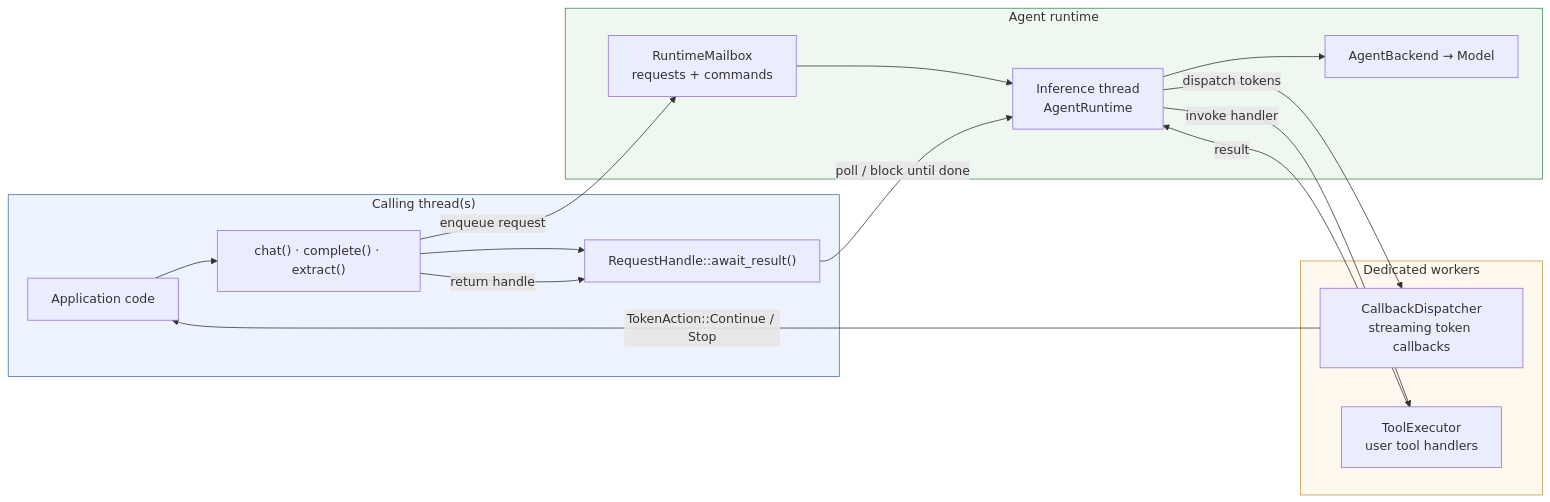
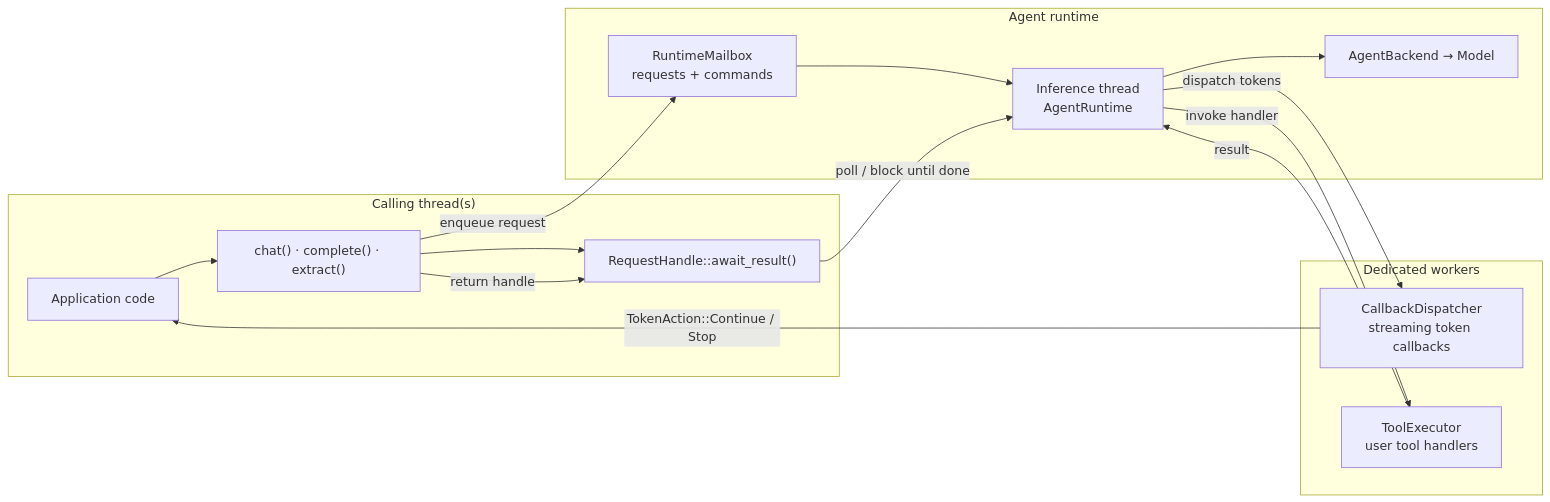
One commit to crybo-rybo/zoo-keeper changed the second of 2 diagrams in README.md. Above: the diagram before and after it, drawn with Mermaid. The commit also changed other lines of this file and 6 other files, not shown here.

First line of the commit message:
docs: drop custom Mermaid style overrides for consistent rendering

````diff
--- a/README.md
+++ b/README.md
@@ -143,33 +138,30 @@
 ```mermaid
 flowchart LR
     subgraph Caller["Calling thread(s)"]
         APP["Application code"]
         SUB["chat() · complete() · extract()"]
         AWAIT["RequestHandle::await_result()"]
         APP --> SUB --> AWAIT
     end
 
     subgraph Runtime["Agent runtime"]
         MB["RuntimeMailbox<br/>requests + commands"]
         INF["Inference thread<br/>AgentRuntime"]
         BE["AgentBackend → Model"]
         MB --> INF --> BE
     end
 
     subgraph Workers["Dedicated workers"]
         CB["CallbackDispatcher<br/>streaming token callbacks"]
         TE["ToolExecutor<br/>user tool handlers"]
     end
 
     SUB -->|"enqueue request"| MB
     SUB -->|"return handle"| AWAIT
     INF -->|"dispatch tokens"| CB
     CB -->|"TokenAction::Continue / Stop"| APP
     INF -->|"invoke handler"| TE
     TE -->|"result"| INF
     AWAIT -->|"poll / block until done"| INF
 
-    style Caller fill:#eef4ff,stroke:#4a6fa5
-    style Runtime fill:#eef8f0,stroke:#3d8b5a
-    style Workers fill:#fff8ee,stroke:#c49a3c
 ```
````
